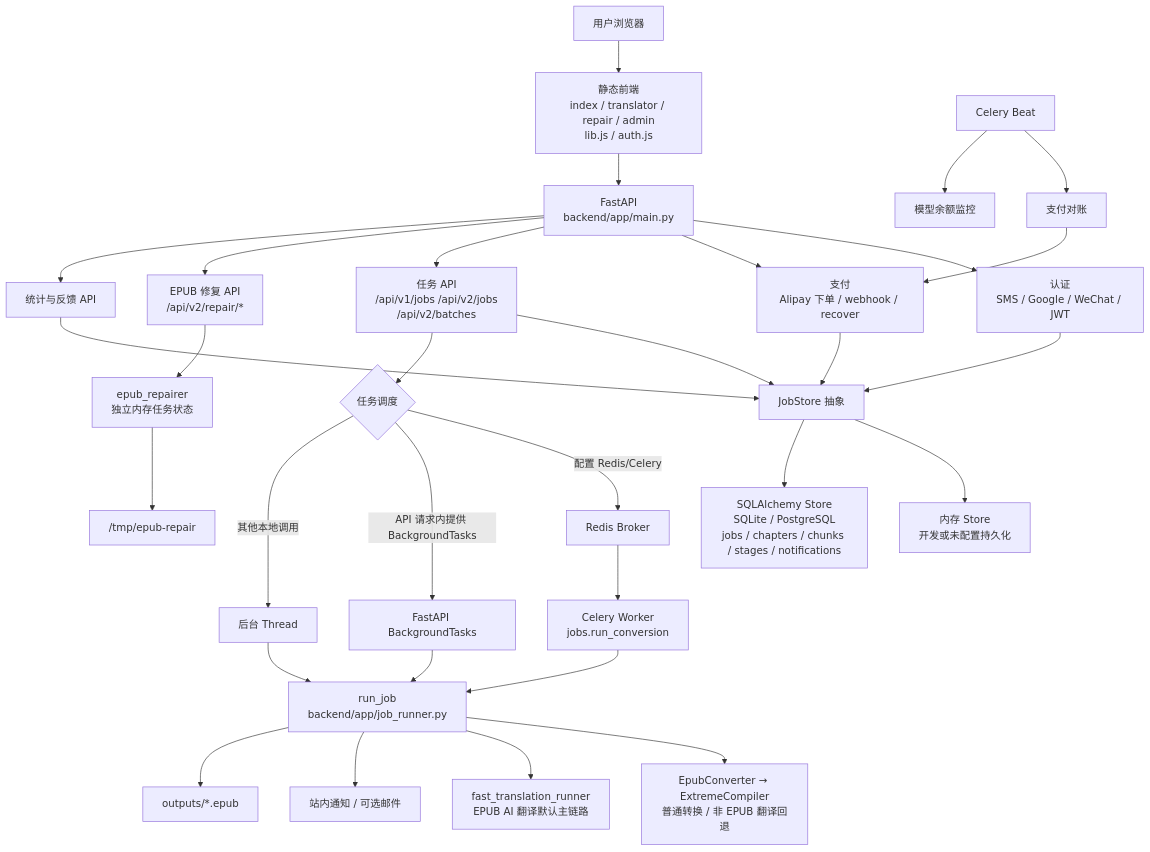
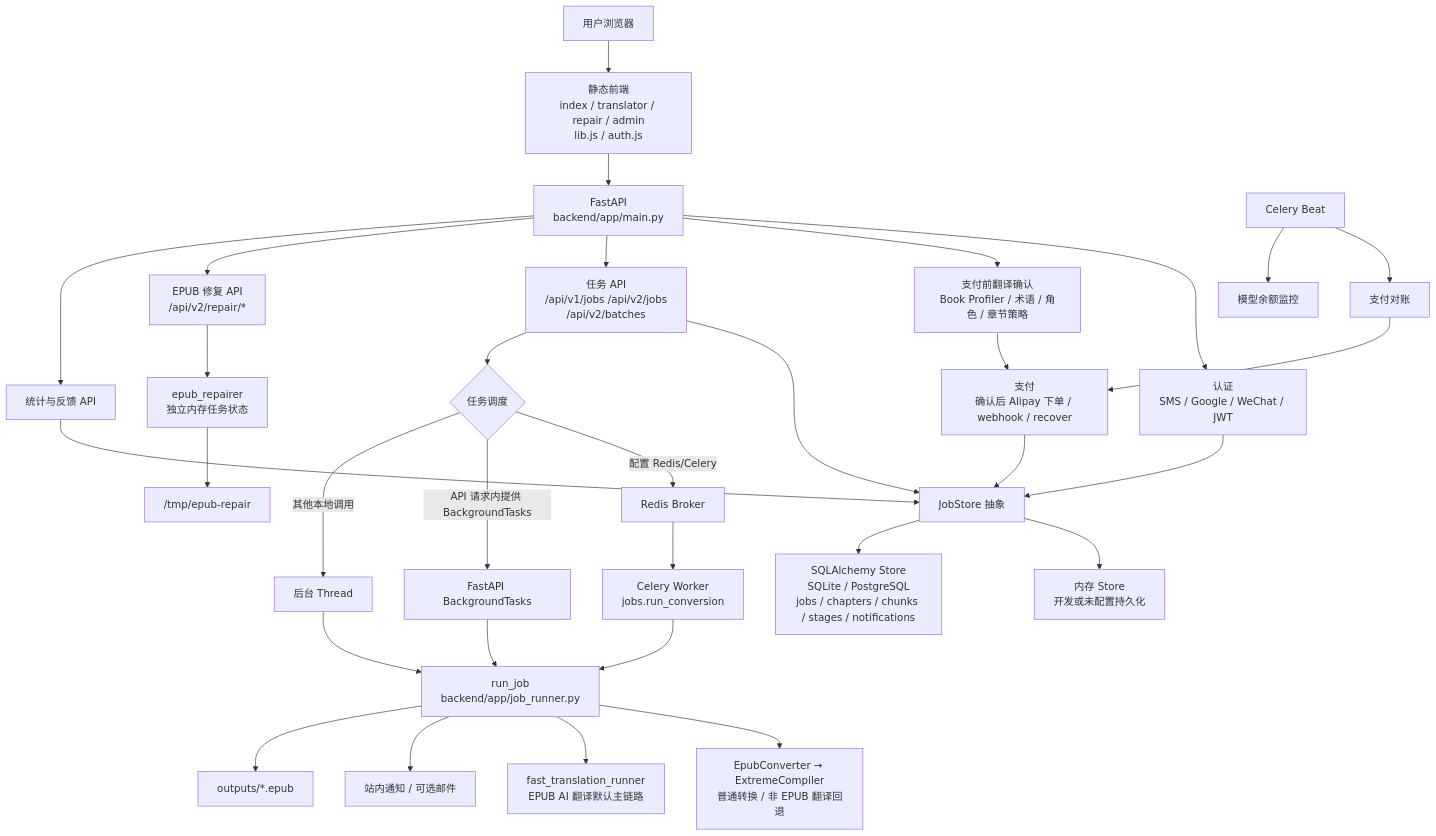
One commit to zengchanghuan/epub-factory changed the first of 3 diagrams in docs/ARCHITECTURE-DIAGRAM.md. Above: the diagram before and after it, drawn with Mermaid. The commit also changed other lines of this file and 62 other files, not shown here.

````diff
--- a/docs/ARCHITECTURE-DIAGRAM.md
+++ b/docs/ARCHITECTURE-DIAGRAM.md
@@ -11,39 +11,40 @@
 ```mermaid
 flowchart TB
   U["用户浏览器"] --> FE["静态前端<br/>index / translator / repair / admin<br/>lib.js / auth.js"]
   FE --> API["FastAPI<br/>backend/app/main.py"]
 
   API --> Auth["认证<br/>SMS / Google / WeChat / JWT"]
-  API --> Pay["支付<br/>Alipay 下单 / webhook / recover"]
+  API --> Preflight["支付前翻译确认<br/>Book Profiler / 术语 / 角色 / 章节策略"]
+  Preflight --> Pay["支付<br/>确认后 Alipay 下单 / webhook / recover"]
   API --> JobAPI["任务 API<br/>/api/v1/jobs /api/v2/jobs<br/>/api/v2/batches"]
   API --> Repair["EPUB 修复 API<br/>/api/v2/repair/*"]
   API --> Admin["统计与反馈 API"]
 
   JobAPI --> Store["JobStore 抽象"]
   Auth --> Store
   Pay --> Store
   Admin --> Store
   Store --> Mem["内存 Store<br/>开发或未配置持久化"]
   Store --> DB["SQLAlchemy Store<br/>SQLite / PostgreSQL<br/>jobs / chapters / chunks / stages / notifications"]
 
   JobAPI --> Dispatch{"任务调度"}
   Dispatch -->|"配置 Redis/Celery"| Redis["Redis Broker"]
   Redis --> Worker["Celery Worker<br/>jobs.run_conversion"]
   Dispatch -->|"API 请求内提供 BackgroundTasks"| BG["FastAPI BackgroundTasks"]
   Dispatch -->|"其他本地调用"| Thread["后台 Thread"]
   Worker --> Runner["run_job<br/>backend/app/job_runner.py"]
   BG --> Runner
   Thread --> Runner
 
   Runner --> Standard["EpubConverter → ExtremeCompiler<br/>普通转换 / 非 EPUB 翻译回退"]
   Runner --> Fast["fast_translation_runner<br/>EPUB AI 翻译默认主链路"]
   Runner --> Notify["站内通知 / 可选邮件"]
   Runner --> Output["outputs/*.epub"]
 
   Repair --> RepairEngine["epub_repairer<br/>独立内存任务状态"]
   RepairEngine --> RepairTmp["/tmp/epub-repair"]
 
   Beat["Celery Beat"] --> Reconcile["支付对账"]
   Beat --> Balance["模型余额监控"]
   Reconcile --> Pay
 ```
````
